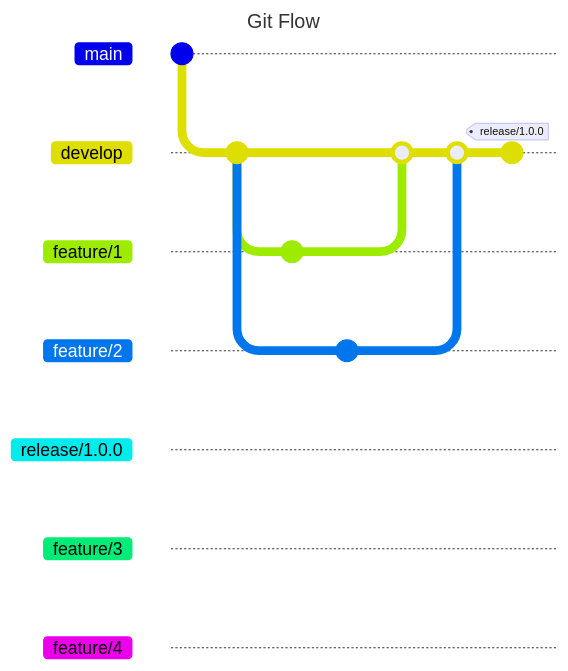
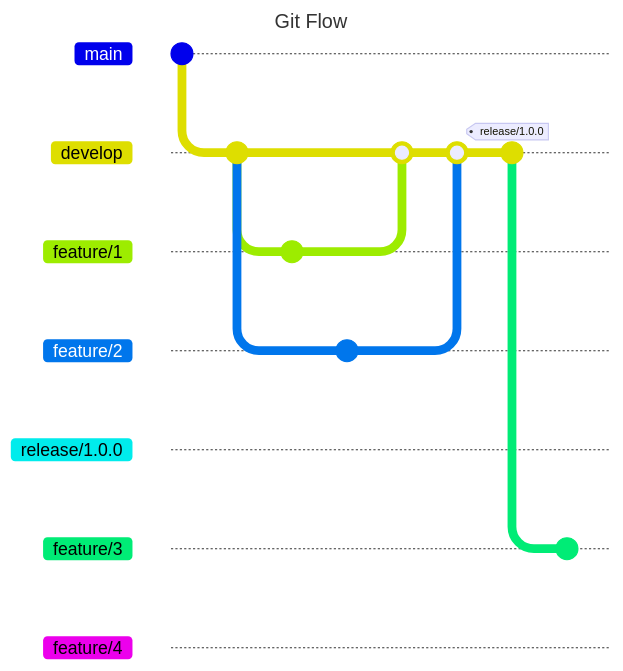
One commit to Weydon-Ding/learn-gitflow changed the diagram in README.md. Above: the diagram before and after it, drawn with Mermaid. Commit ids are hidden.

Commit message:
feat: commit feature/3

````diff
--- a/README.md
+++ b/README.md
@@ -3,28 +3,31 @@
 ```mermaid
 ---
 title: Git Flow
 ---
 
 gitGraph
 
 commit
 branch develop
 
 commit
 branch feature/1
 branch feature/2
 
 checkout feature/1
 commit
 
 checkout feature/2
 commit
 
 checkout develop
 merge feature/1
 merge feature/2
 commit tag:"release/1.0.0"
 branch release/1.0.0
 branch feature/3
 branch feature/4
+
+checkout feature/3
+commit
 ```
````
